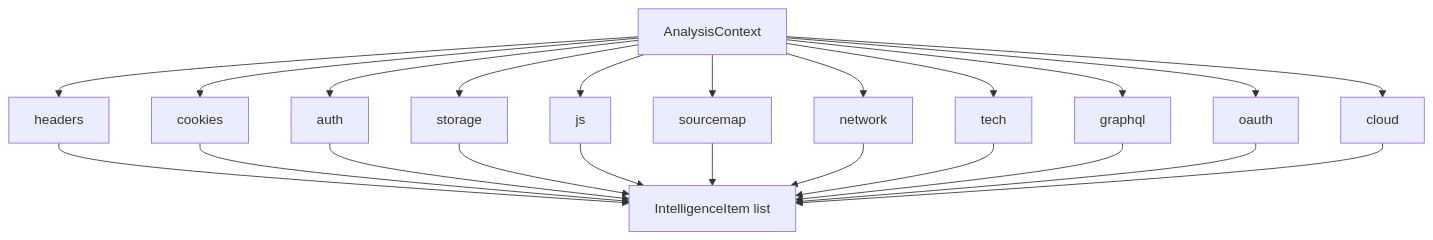
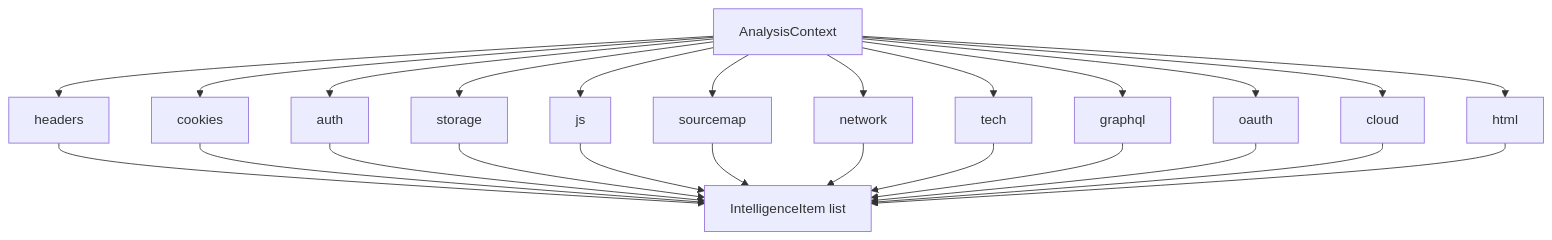
One commit to Shellghostt/WebVac changed the third of 5 diagrams in docs/architecture/VAPT.md. Above: the diagram before and after it, drawn with Mermaid. The commit also changed other lines of this file and 52 other files, not shown here.

````diff
--- a/docs/architecture/VAPT.md
+++ b/docs/architecture/VAPT.md
@@ -74,25 +74,27 @@
 ```mermaid
 flowchart TB
   Ctx[AnalysisContext] --> H[headers]
   Ctx --> C[cookies]
   Ctx --> A[auth]
   Ctx --> S[storage]
   Ctx --> J[js]
   Ctx --> SM[sourcemap]
   Ctx --> N[network]
   Ctx --> T[tech]
   Ctx --> G[graphql]
   Ctx --> O[oauth]
   Ctx --> CL[cloud]
+  Ctx --> HTML[html]
   H --> Intel[IntelligenceItem list]
   C --> Intel
   A --> Intel
   S --> Intel
   J --> Intel
   SM --> Intel
   N --> Intel
   T --> Intel
   G --> Intel
   O --> Intel
   CL --> Intel
+  HTML --> Intel
 ```
````
